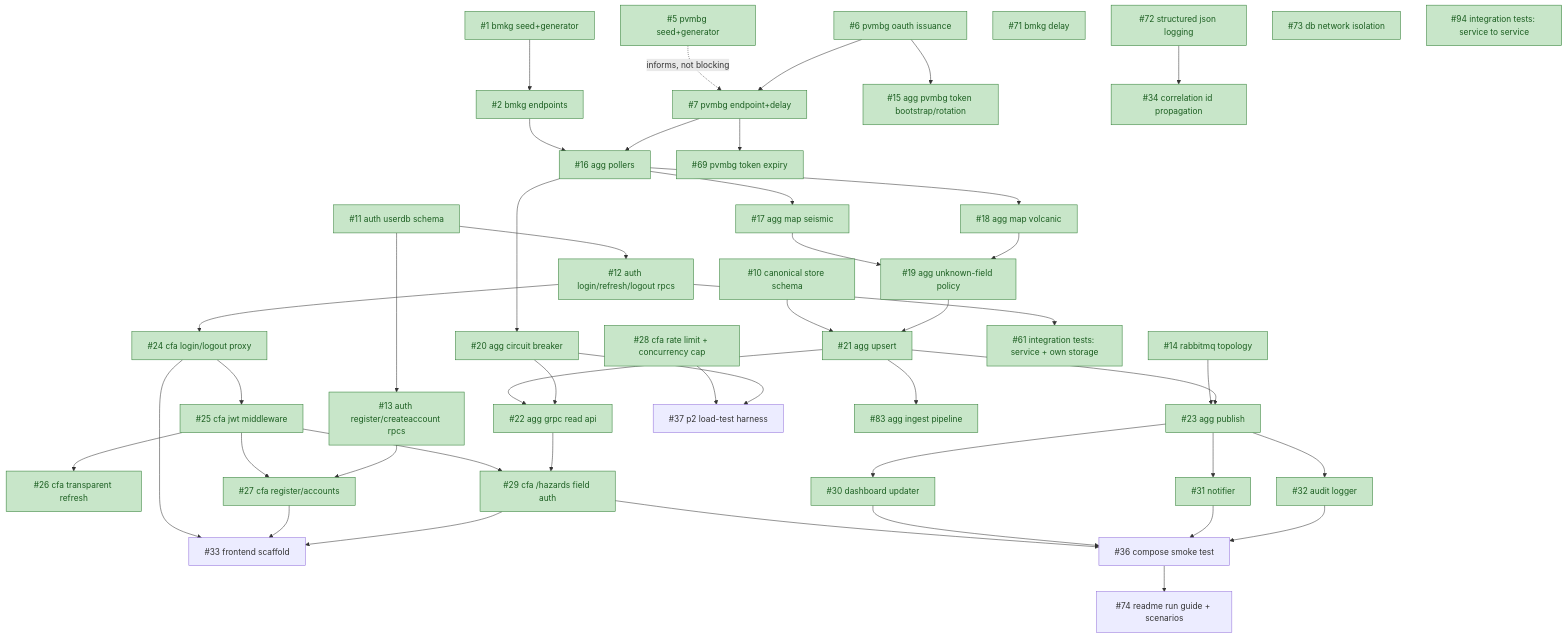
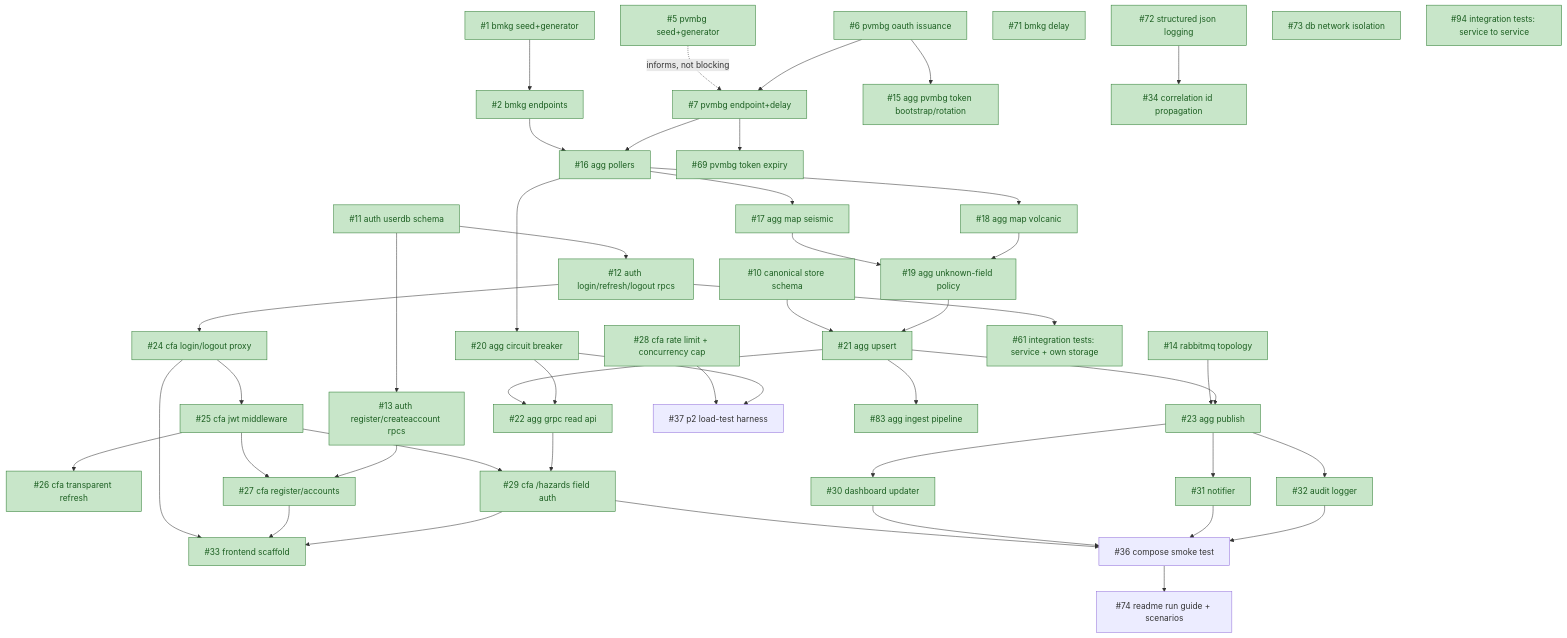
One commit to brii26/distributed-hazard-coordination changed the diagram in doc/BACKLOG_DEPENDENCIES.md. Above: the diagram before and after it, drawn with Mermaid. The commit also changed other lines of this file and 9 other files, not shown here.

````diff
--- a/doc/BACKLOG_DEPENDENCIES.md
+++ b/doc/BACKLOG_DEPENDENCIES.md
@@ -19,63 +18,63 @@
 ```mermaid
 graph TD
   1["#1 bmkg seed+generator"] --> 2["#2 bmkg endpoints"]
   5["#5 pvmbg seed+generator"] -.->|informs, not blocking| 7
 
   6["#6 pvmbg oauth issuance"] --> 15["#15 agg pvmbg token bootstrap/rotation"]
   6 --> 7["#7 pvmbg endpoint+delay"]
   7 --> 69["#69 pvmbg token expiry"]
 
   2 --> 16["#16 agg pollers"]
   7 --> 16
   16 --> 17["#17 agg map seismic"]
   16 --> 18["#18 agg map volcanic"]
   16 --> 20["#20 agg circuit breaker"]
   17 --> 19["#19 agg unknown-field policy"]
   18 --> 19
 
   10["#10 canonical store schema"] --> 21["#21 agg upsert"]
   19 --> 21
   21 --> 22["#22 agg grpc read api"]
   20 --> 22
 
   14["#14 rabbitmq topology"] --> 23["#23 agg publish"]
   21 --> 23
   21 --> 83["#83 agg ingest pipeline"]
 
   11["#11 auth userdb schema"] --> 12["#12 auth login/refresh/logout rpcs"]
   11 --> 13["#13 auth register/createaccount rpcs"]
 
   12 --> 24["#24 cfa login/logout proxy"]
   12 --> 61["#61 integration tests: service + own storage"]
   24 --> 25["#25 cfa jwt middleware"]
   25 --> 26["#26 cfa transparent refresh"]
   25 --> 27["#27 cfa register/accounts"]
   13 --> 27
   25 --> 29["#29 cfa /hazards field auth"]
   22 --> 29
 
   23 --> 30["#30 dashboard updater"]
   23 --> 31["#31 notifier"]
   23 --> 32["#32 audit logger"]
 
   24 --> 33["#33 frontend scaffold"]
   27 --> 33
   29 --> 33
 
   29 --> 36["#36 compose smoke test"]
   30 --> 36
   31 --> 36
   32 --> 36
 
   28["#28 cfa rate limit + concurrency cap"] --> 37["#37 p2 load-test harness"]
   20 --> 37
 
   72["#72 structured json logging"] --> 34["#34 correlation id propagation"]
   36 --> 74["#74 readme run guide + scenarios"]
   71["#71 bmkg delay"]
   73["#73 db network isolation"]
   94["#94 integration tests: service to service"]
 
   classDef done fill:#c8e6c9,stroke:#2e7d32,color:#1b5e20
-  class 1,2,5,6,7,10,11,12,13,14,15,16,17,18,19,20,21,22,23,24,25,26,27,28,29,30,31,32,34,35,61,69,71,72,73,83,94 done
+  class 1,2,5,6,7,10,11,12,13,14,15,16,17,18,19,20,21,22,23,24,25,26,27,28,29,30,31,32,33,34,35,61,69,71,72,73,83,94 done
 ```
````
